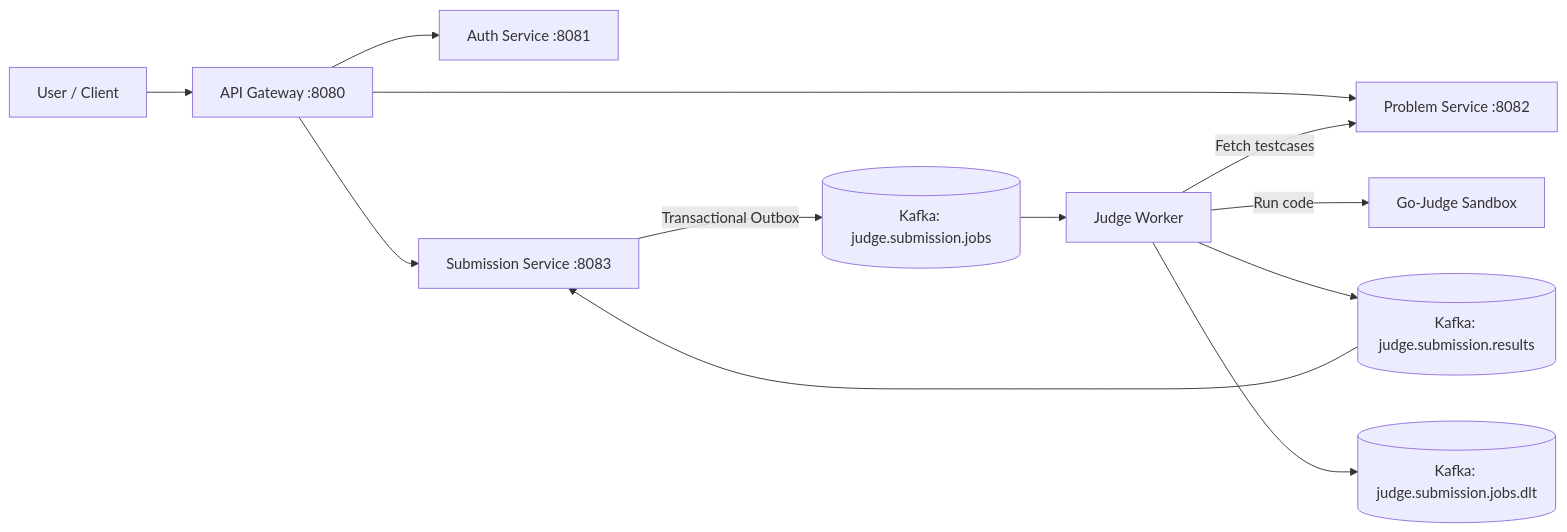
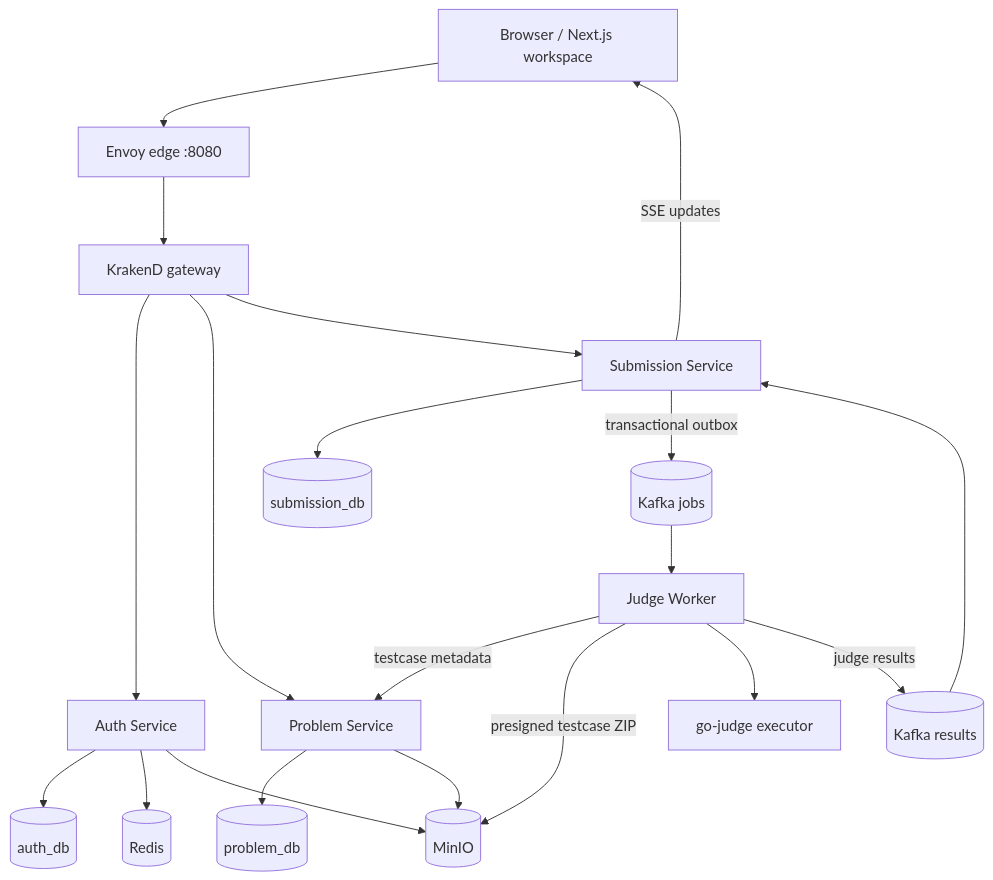
Before and after one commit to nvawntien/go-judge-system: the diagram in README.md, drawn with Mermaid. The commit also changed other lines of this file, not shown here.

````diff
--- a/README.md
+++ b/README.md
@@ -24,15 +40,25 @@
 ```mermaid
-flowchart LR
-    U[User / Client] --> G[API Gateway :8080]
-    G --> A[Auth Service :8081]
-    G --> P[Problem Service :8082]
-    G --> S[Submission Service :8083]
+flowchart TB
+  browser[Browser / Next.js workspace] --> edge[Envoy edge :8080]
+  edge --> gateway[KrakenD gateway]
 
-    S -->|Transactional Outbox| KJ[(Kafka: judge.submission.jobs)]
-    KJ --> W[Judge Worker]
-    W -->|Fetch testcases| P
-    W -->|Run code| X[Go-Judge Sandbox]
-    W --> KR[(Kafka: judge.submission.results)]
-    KR --> S
-    W --> KD[(Kafka: judge.submission.jobs.dlt)]
+  gateway --> auth[Auth Service]
+  gateway --> problem[Problem Service]
+  gateway --> submission[Submission Service]
+
+  auth --> authdb[(auth_db)]
+  auth --> redis[(Redis)]
+  auth --> minio[(MinIO)]
+  problem --> problemdb[(problem_db)]
+  problem --> minio
+  submission --> submissiondb[(submission_db)]
+
+  submission -->|transactional outbox| jobs[(Kafka jobs)]
+  jobs --> worker[Judge Worker]
+  worker -->|testcase metadata| problem
+  worker -->|presigned testcase ZIP| minio
+  worker --> executor[go-judge executor]
+  worker -->|judge results| results[(Kafka results)]
+  results --> submission
+  submission -->|SSE updates| browser
 ```
````
